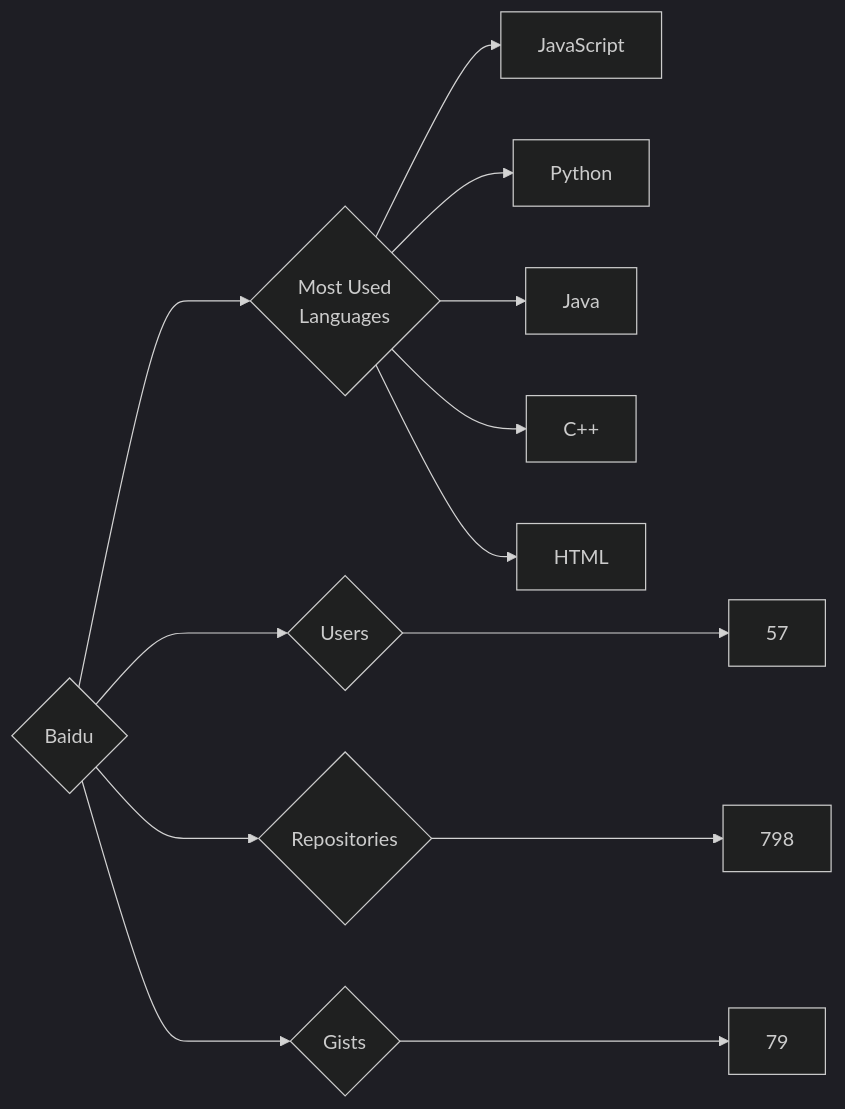
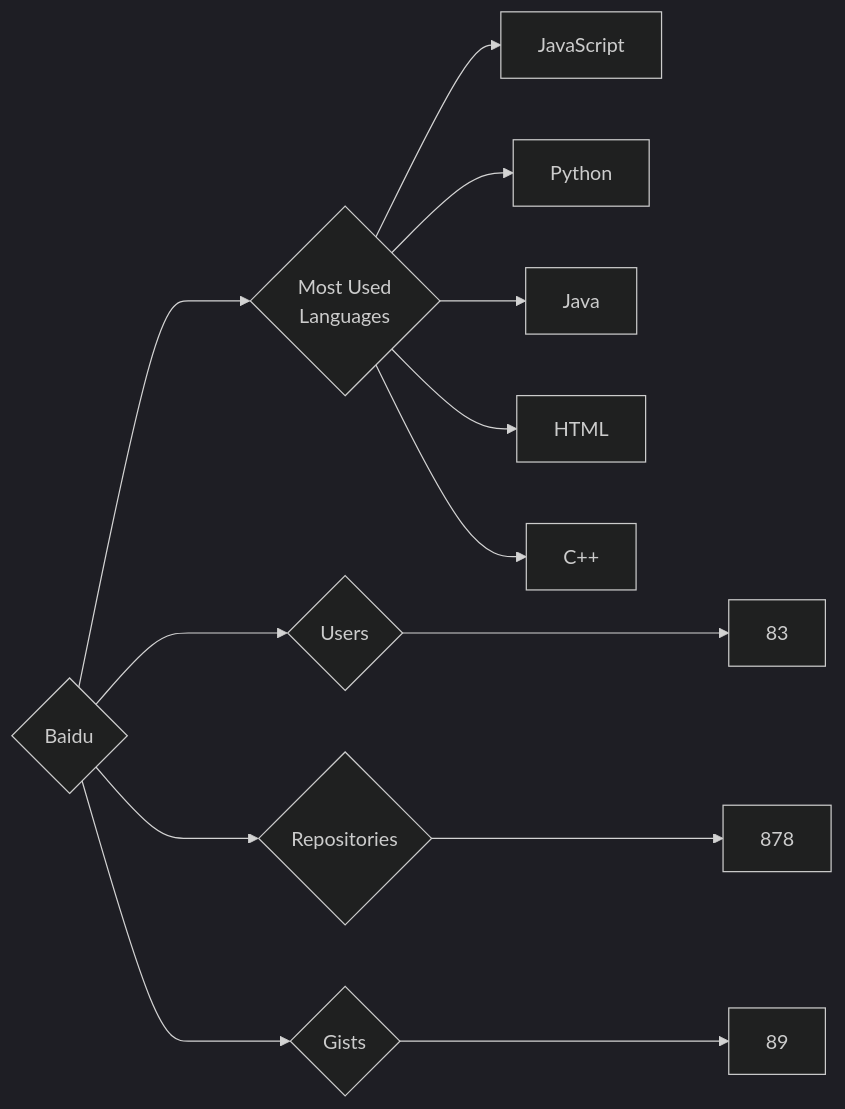
One commit to trickest/insiders changed the diagram in targets/Baidu/README.md. Above: the diagram before and after it, drawn with Mermaid (dark theme). The commit also changed 878 other files, not shown here.

````diff
--- a/targets/Baidu/README.md
+++ b/targets/Baidu/README.md
@@ -3,13 +3,13 @@
 ```mermaid
 graph LR
 COMPANY_NAME{Baidu}
-COMPANY_NAME ---> U{Users} ---> UN[57]
-COMPANY_NAME ---> R{Repositories} ---> RN[798]
-COMPANY_NAME ---> G{Gists} ---> GN[79]
+COMPANY_NAME ---> U{Users} ---> UN[83]
+COMPANY_NAME ---> R{Repositories} ---> RN[878]
+COMPANY_NAME ---> G{Gists} ---> GN[89]
 COMPANY_NAME ---> ML{Most Used<br>Languages}
 ML --> JavaScript[JavaScript]
 ML --> Python[Python]
 ML --> Java[Java]
+ML --> HTML[HTML]
 ML --> C++[C++]
-ML --> HTML[HTML]
 ```
````
